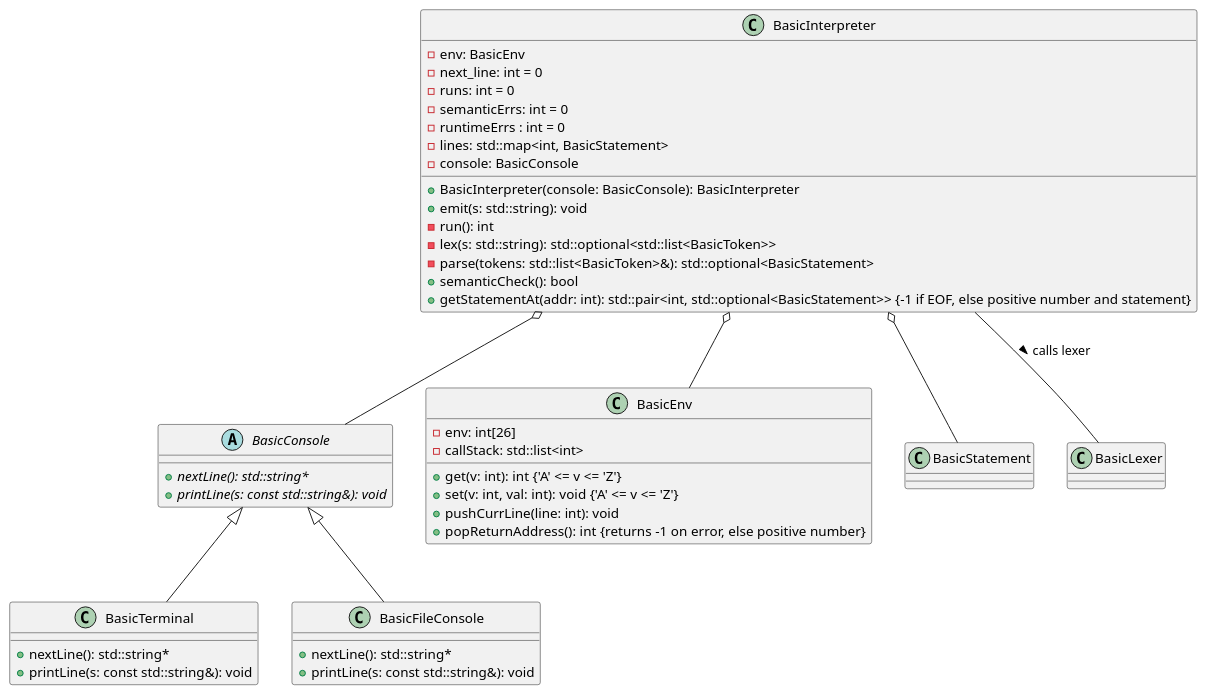
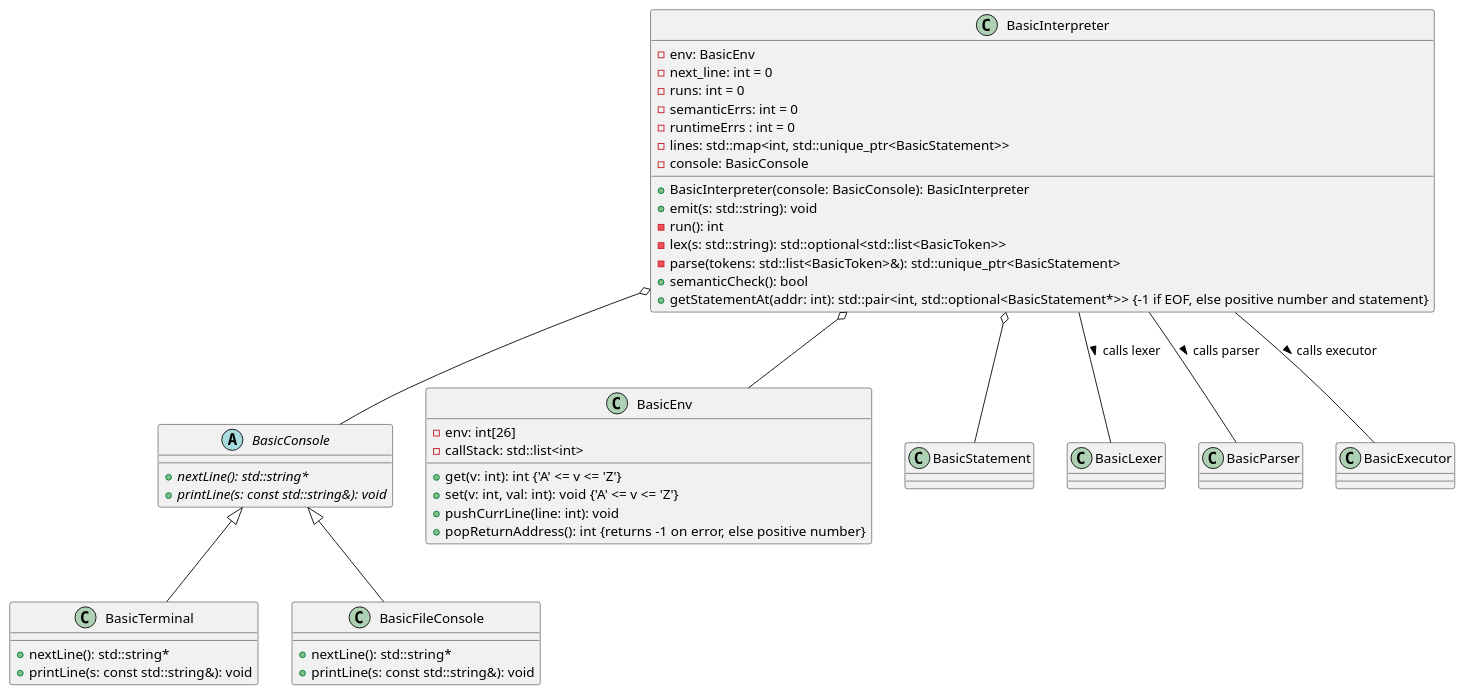
Before and after one commit to rossonlinesolutions/BASIC: the diagram in Documentation/InterpreterClasses.puml, drawn with PlantUML. The commit also changed 1 other file, not shown here.

Commit message:
Fix interpreter wrong types and create class diagram SVG

```diff
--- a/Documentation/InterpreterClasses.puml
+++ b/Documentation/InterpreterClasses.puml
@@ -1,50 +1,52 @@
 @startuml Interpreter classes
 
 class BasicInterpreter {
     - env: BasicEnv
     - next_line: int = 0
     - runs: int = 0
     - semanticErrs: int = 0
     - runtimeErrs : int = 0
-    - lines: std::map<int, BasicStatement>
+    - lines: std::map<int, std::unique_ptr<BasicStatement>>
     - console: BasicConsole
     + BasicInterpreter(console: BasicConsole): BasicInterpreter
     + emit(s: std::string): void
     - run(): int
     - lex(s: std::string): std::optional<std::list<BasicToken>>
-    - parse(tokens: std::list<BasicToken>&): std::optional<BasicStatement>
+    - parse(tokens: std::list<BasicToken>&): std::unique_ptr<BasicStatement>
     + semanticCheck(): bool
-    + getStatementAt(addr: int): std::pair<int, std::optional<BasicStatement>> {-1 if EOF, else positive number and statement}
+    + getStatementAt(addr: int): std::pair<int, std::optional<BasicStatement*>> {-1 if EOF, else positive number and statement}
 }
 
 abstract class BasicConsole {
     + {abstract} nextLine(): std::string*
     + {abstract} printLine(s: const std::string&): void
 }
 
 class BasicTerminal extends BasicConsole {
     + nextLine(): std::string*
     + printLine(s: const std::string&): void
 }
 
 class BasicFileConsole extends BasicConsole {
     + nextLine(): std::string*
     + printLine(s: const std::string&): void
 }
 
 class BasicEnv {
     - env: int[26]
     - callStack: std::list<int>
     + get(v: int): int {'A' <= v <= 'Z'}
     + set(v: int, val: int): void {'A' <= v <= 'Z'}
     + pushCurrLine(line: int): void
     + popReturnAddress(): int {returns -1 on error, else positive number}
 }
 
 BasicInterpreter o-- BasicConsole
 BasicInterpreter o-- BasicStatement
 BasicInterpreter o-- BasicEnv
 
 BasicInterpreter -- BasicLexer : calls lexer >
+BasicInterpreter -- BasicParser : calls parser >
+BasicInterpreter -- BasicExecutor : calls executor >
 
 @enduml
```
